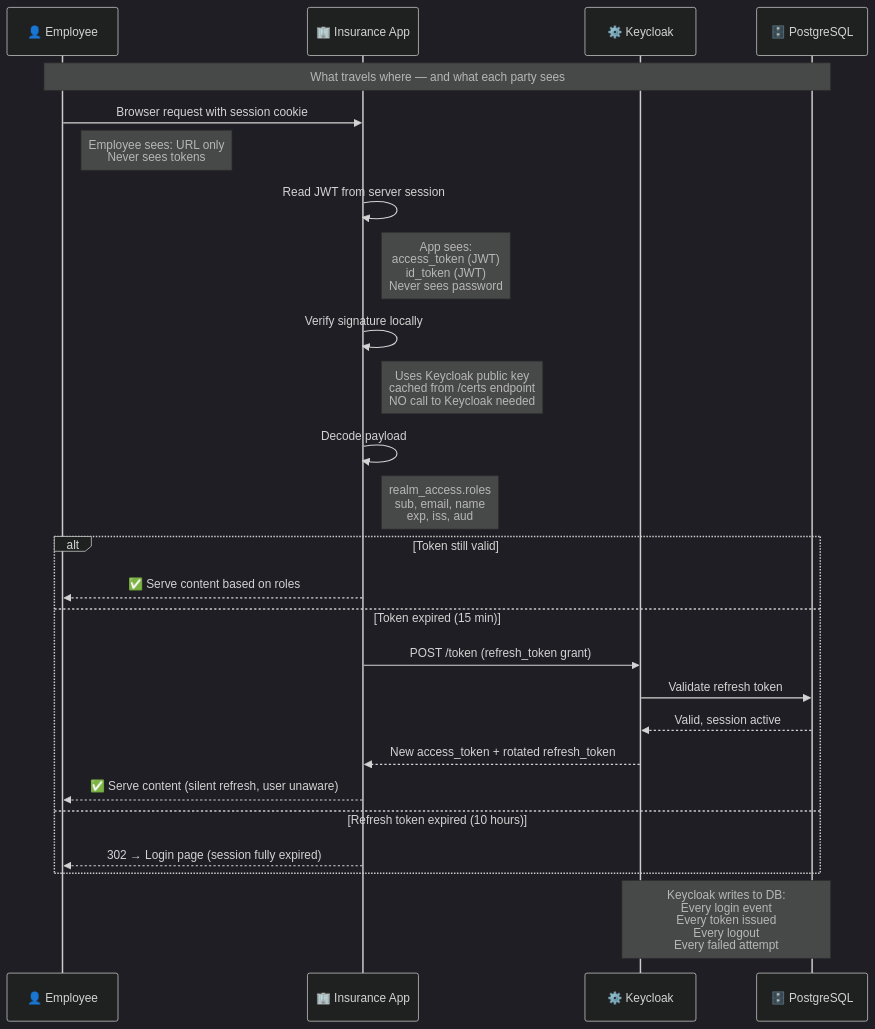
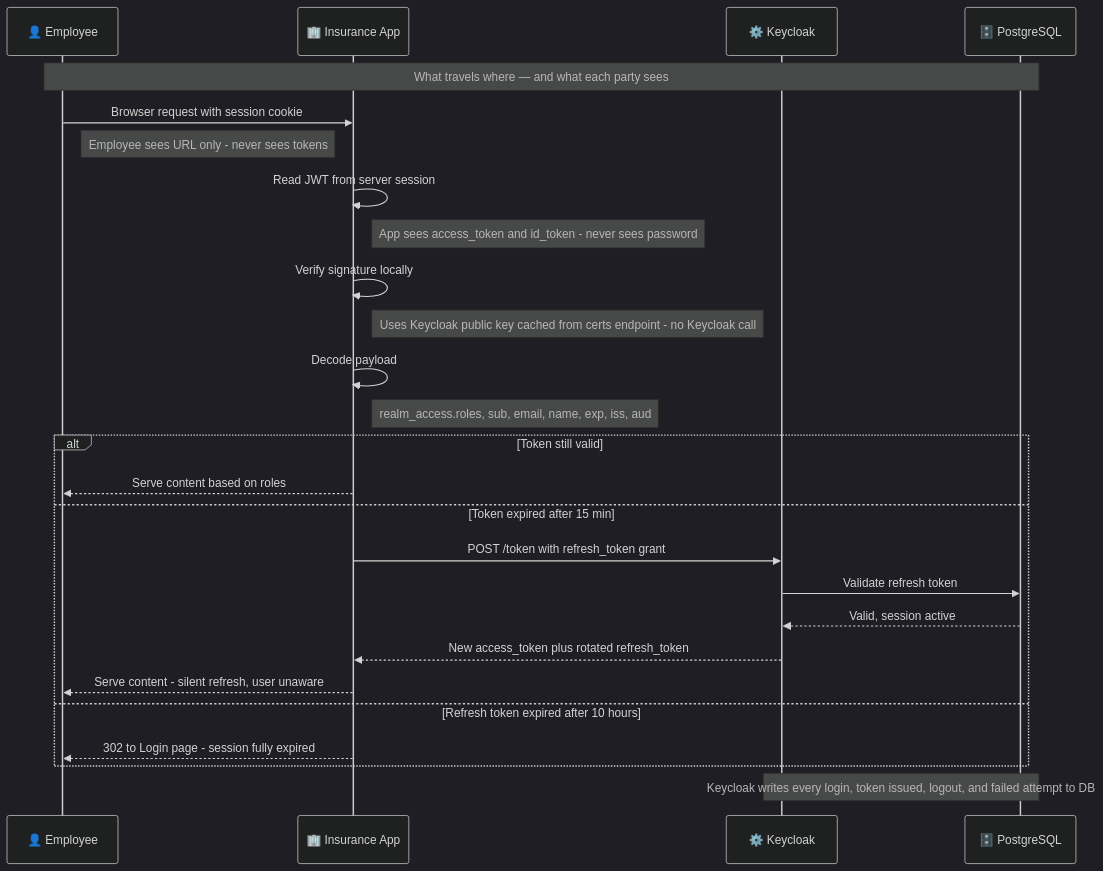
The tenth of 21 diagrams in docs/INSURANCE-SSO-DESIGN.md (Mannokuruba/sso-keyclock), drawn with Mermaid (dark theme) before and after one commit. The commit also changed other lines of this file, not shown here.

Commit message:
fix: resolve Mermaid parse errors in insurance SSO diagrams

````diff
--- a/docs/INSURANCE-SSO-DESIGN.md
+++ b/docs/INSURANCE-SSO-DESIGN.md
@@ -460,35 +445,35 @@
 ```mermaid
 sequenceDiagram
     participant E as 👤 Employee
     participant APP as 🏢 Insurance App
     participant KC as ⚙️ Keycloak
     participant DB as 🗄️ PostgreSQL
 
     Note over E,DB: What travels where — and what each party sees
 
     E->>APP: Browser request with session cookie
-    Note right of E: Employee sees: URL only<br/>Never sees tokens
+    Note right of E: Employee sees URL only - never sees tokens
 
     APP->>APP: Read JWT from server session
-    Note right of APP: App sees:<br/>access_token (JWT)<br/>id_token (JWT)<br/>Never sees password
+    Note right of APP: App sees access_token and id_token - never sees password
 
     APP->>APP: Verify signature locally
-    Note right of APP: Uses Keycloak public key<br/>cached from /certs endpoint<br/>NO call to Keycloak needed
+    Note right of APP: Uses Keycloak public key cached from certs endpoint - no Keycloak call
 
     APP->>APP: Decode payload
-    Note right of APP: realm_access.roles<br/>sub, email, name<br/>exp, iss, aud
+    Note right of APP: realm_access.roles, sub, email, name, exp, iss, aud
 
     alt Token still valid
-        APP-->>E: ✅ Serve content based on roles
-    else Token expired (15 min)
-        APP->>KC: POST /token (refresh_token grant)
+        APP-->>E: Serve content based on roles
+    else Token expired after 15 min
+        APP->>KC: POST /token with refresh_token grant
         KC->>DB: Validate refresh token
         DB-->>KC: Valid, session active
-        KC-->>APP: New access_token + rotated refresh_token
-        APP-->>E: ✅ Serve content (silent refresh, user unaware)
-    else Refresh token expired (10 hours)
-        APP-->>E: 302 → Login page (session fully expired)
+        KC-->>APP: New access_token plus rotated refresh_token
+        APP-->>E: Serve content - silent refresh, user unaware
+    else Refresh token expired after 10 hours
+        APP-->>E: 302 to Login page - session fully expired
     end
 
-    Note over KC,DB: Keycloak writes to DB:<br/>Every login event<br/>Every token issued<br/>Every logout<br/>Every failed attempt
+    Note over KC,DB: Keycloak writes every login, token issued, logout, and failed attempt to DB
 ```
````
